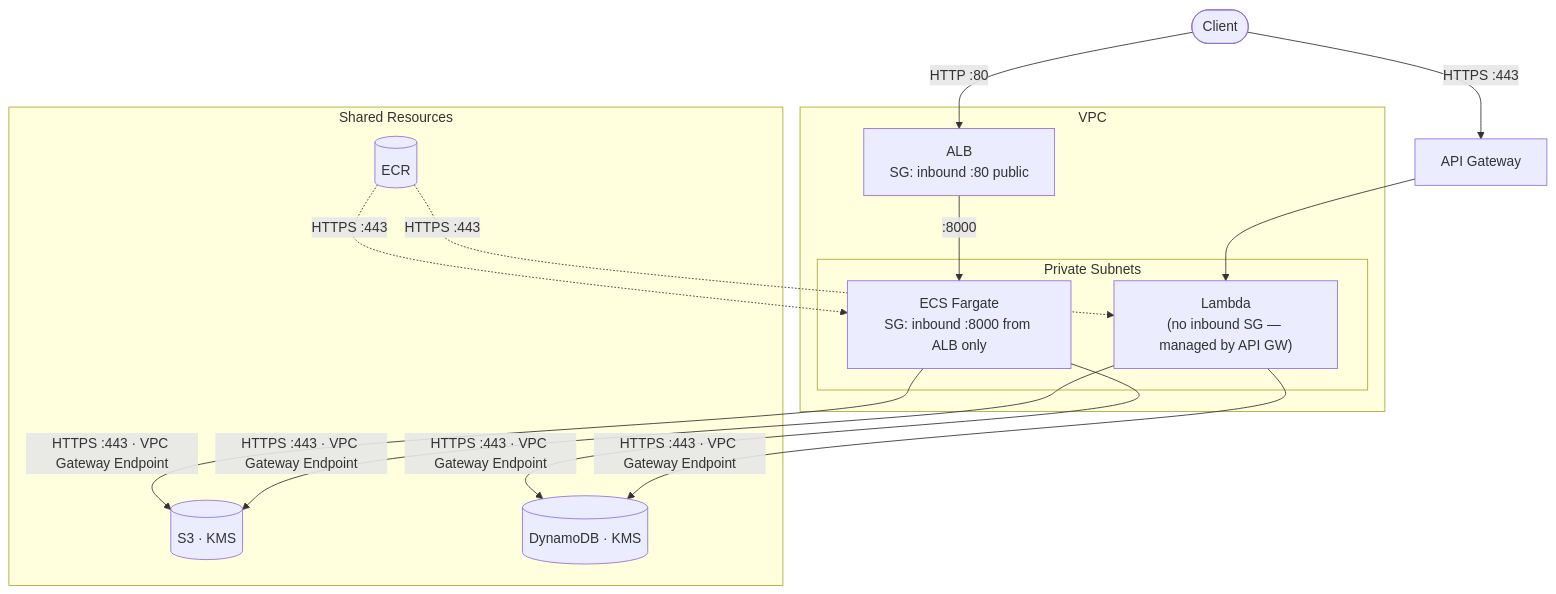
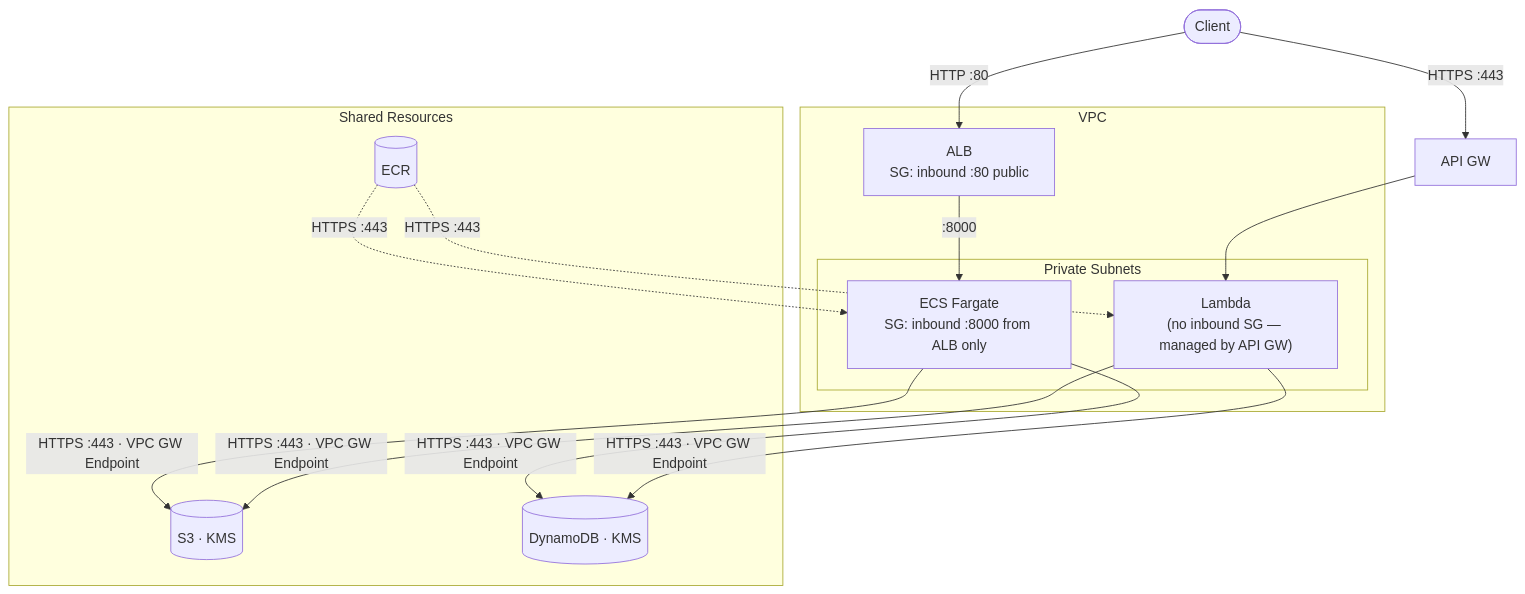
One commit to raspoutine1612/stratocore_th_tech_assessment changed the first of 3 diagrams in README.md. Above: the diagram before and after it, drawn with Mermaid.

Commit message:
docs: shorten Gateway to GW in infra diagram

````diff
--- a/README.md
+++ b/README.md
@@ -9,30 +9,30 @@
 ```mermaid
 flowchart TD
     Client([Client])
-    APIGW["API Gateway"]
+    APIGW["API GW"]
 
     subgraph VPC["VPC"]
         ALB["ALB\nSG: inbound :80 public"]
         subgraph Private["Private Subnets"]
             ECS["ECS Fargate\nSG: inbound :8000 from ALB only"]
             Lambda["Lambda\n(no inbound SG — managed by API GW)"]
         end
     end
 
     subgraph Shared["Shared Resources"]
         ECR[("ECR")]
         S3[("S3 · KMS")]
         Dynamo[("DynamoDB · KMS")]
     end
 
     Client -->|"HTTP :80"| ALB -->|":8000"| ECS
     Client -->|"HTTPS :443"| APIGW --> Lambda
 
     ECR -.->|"HTTPS :443"| ECS
     ECR -.->|"HTTPS :443"| Lambda
 
-    ECS -->|"HTTPS :443 · VPC Gateway Endpoint"| S3
-    Lambda -->|"HTTPS :443 · VPC Gateway Endpoint"| S3
-    ECS -->|"HTTPS :443 · VPC Gateway Endpoint"| Dynamo
-    Lambda -->|"HTTPS :443 · VPC Gateway Endpoint"| Dynamo
+    ECS -->|"HTTPS :443 · VPC GW Endpoint"| S3
+    Lambda -->|"HTTPS :443 · VPC GW Endpoint"| S3
+    ECS -->|"HTTPS :443 · VPC GW Endpoint"| Dynamo
+    Lambda -->|"HTTPS :443 · VPC GW Endpoint"| Dynamo
 ```
````
